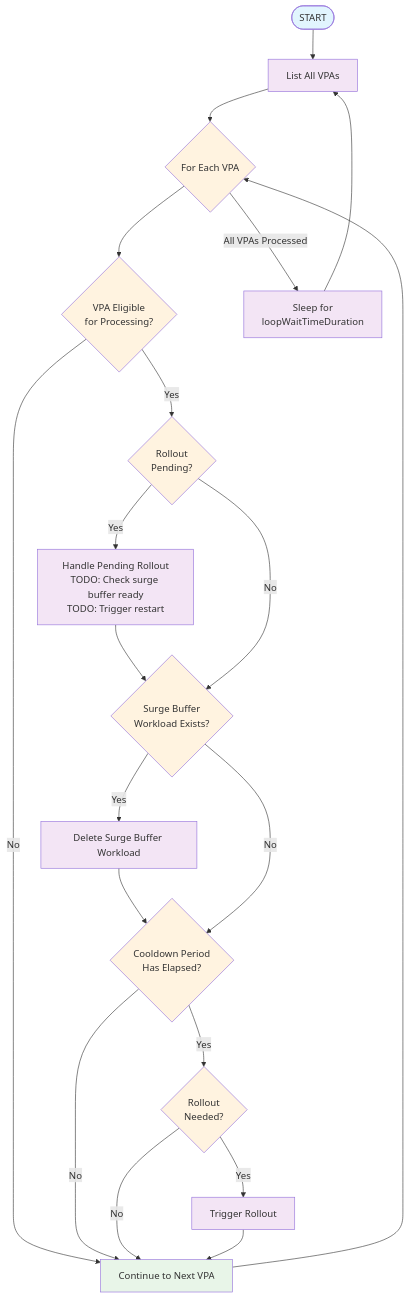
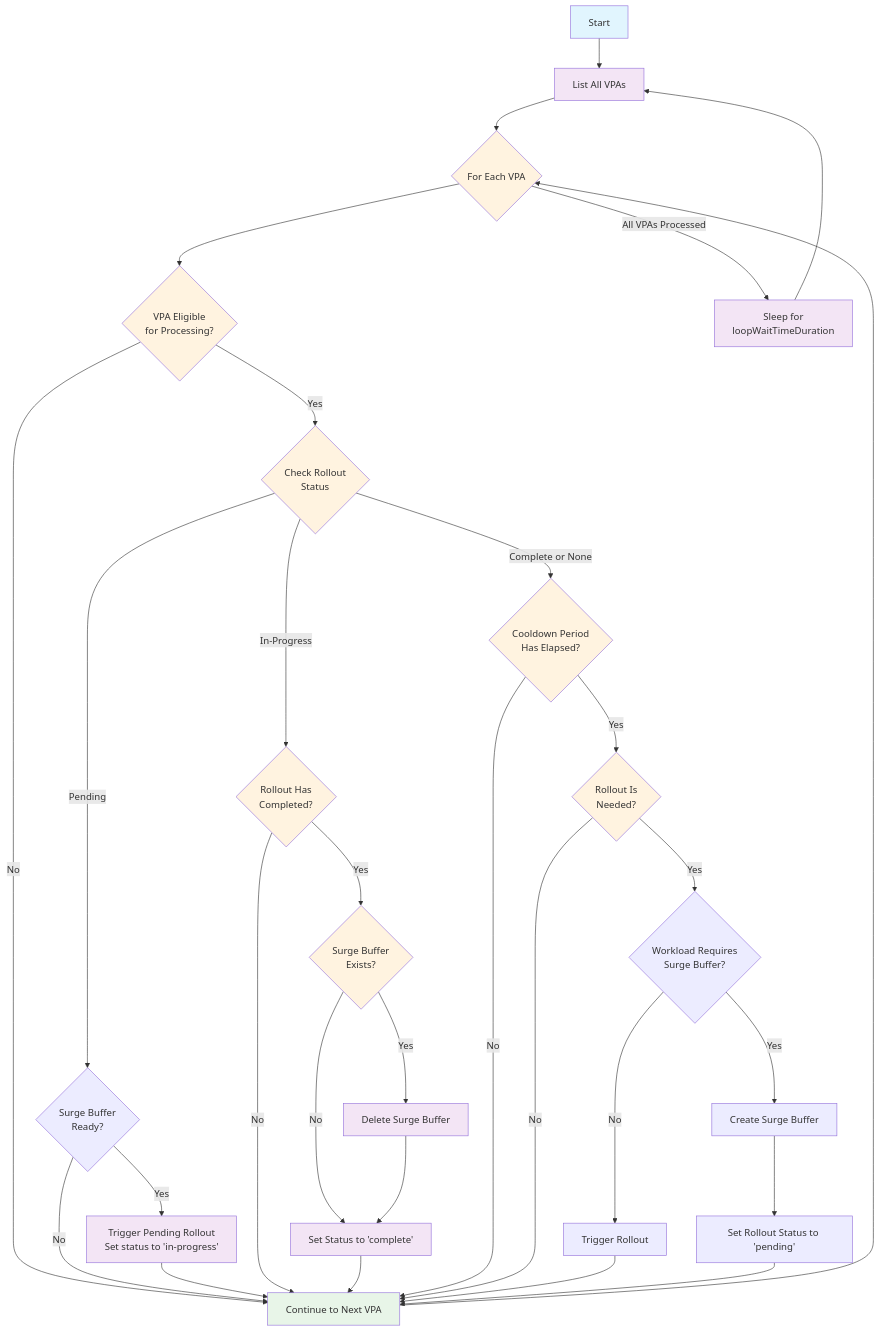
The diagram in README.md (marcdavoli/vpa-rollout-controller), drawn with Mermaid before and after one commit.

Commit message:
docs: update README.md mermaid diagram

````diff
--- a/README.md
+++ b/README.md
@@ -109,44 +109,52 @@
 ```mermaid
 flowchart TD
-    Start([START]) --> ListVPAs[List All VPAs]
+    Start --> ListVPAs[List All VPAs]
     
     ListVPAs --> VPALoop{For Each VPA}
     
     VPALoop --> CheckEligible{VPA Eligible<br/>for Processing?}
     CheckEligible -->|No| NextVPA[Continue to Next VPA]
     NextVPA --> VPALoop
     
-    CheckEligible -->|Yes| CheckPending{Rollout<br/>Pending?}
+    CheckEligible -->|Yes| CheckStatus{Check Rollout<br/>Status}
     
-    CheckPending -->|Yes| HandlePending[Handle Pending Rollout<br/>TODO: Check surge buffer ready<br/>TODO: Trigger restart]
-    HandlePending --> CheckSurgeBuffer
+    CheckStatus -->|Pending| CheckBufferReady{Surge Buffer<br/>Ready?}
+    CheckBufferReady -->|No| NextVPA
+    CheckBufferReady -->|Yes| TriggerPending[Trigger Pending Rollout<br/>Set status to 'in-progress']
+    TriggerPending --> NextVPA
     
-    CheckPending -->|No| CheckSurgeBuffer{Surge Buffer<br/>Workload Exists?}
+    CheckStatus -->|In-Progress| CheckCompleted{Rollout Has<br/>Completed?}
+    CheckCompleted -->|No| NextVPA
+    CheckCompleted -->|Yes| CleanupBuffer{Surge Buffer<br/>Exists?}
+    CleanupBuffer -->|Yes| DeleteBuffer[Delete Surge Buffer]
+    CleanupBuffer -->|No| SetComplete[Set Status to 'complete']
+    DeleteBuffer --> SetComplete
+    SetComplete --> NextVPA
     
-    CheckSurgeBuffer -->|Yes| DeleteSurgeBuffer[Delete Surge Buffer Workload]
-    DeleteSurgeBuffer --> CheckCooldown
-    
-    CheckSurgeBuffer -->|No| CheckCooldown{Cooldown Period<br/>Has Elapsed?}
+    CheckStatus -->|Complete or None| CheckCooldown{Cooldown Period<br/>Has Elapsed?}
     
     CheckCooldown -->|No| NextVPA
-    CheckCooldown -->|Yes| CheckRolloutNeeded{Rollout<br/>Needed?}
+    CheckCooldown -->|Yes| CheckRolloutNeeded{Rollout Is<br/>Needed?}
     
     CheckRolloutNeeded -->|No| NextVPA
-    CheckRolloutNeeded -->|Yes| TriggerRollout[Trigger Rollout]
-    
-    TriggerRollout --> NextVPA
+    CheckRolloutNeeded -->|Yes| CreateSurgeBufferDecision{Workload Requires<br/>Surge Buffer?}
+    CreateSurgeBufferDecision -->|Yes| CreateSurgeBuffer[Create Surge Buffer]
+    CreateSurgeBuffer --> SetPendingStatus[Set Rollout Status to 'pending']
+    CreateSurgeBufferDecision -->|No| DoTriggerRollout[Trigger Rollout]
+    DoTriggerRollout --> NextVPA
+    SetPendingStatus --> NextVPA
     
     VPALoop -->|All VPAs Processed| WaitLoop[Sleep for<br/>loopWaitTimeDuration]
     WaitLoop --> ListVPAs
     
     %% Styling
     classDef startEnd fill:#e1f5fe
     classDef process fill:#f3e5f5
     classDef decision fill:#fff3e0
     classDef action fill:#e8f5e8
     
-    class Start,MainLoop startEnd
-    class ListVPAs,HandlePending,DeleteSurgeBuffer,TriggerRollout,WaitLoop process
-    class CheckEligible,CheckPending,CheckSurgeBuffer,CheckCooldown,CheckRolloutNeeded,VPALoop decision
+    class Start startEnd
+    class ListVPAs,GetWorkload,TriggerPending,DeleteBuffer,SetComplete,TriggerRollout,WaitLoop process
+    class CheckEligible,CheckStatus,CheckCompleted,CleanupBuffer,CheckCooldown,CheckRolloutNeeded,VPALoop decision
     class NextVPA action
 ```
````
